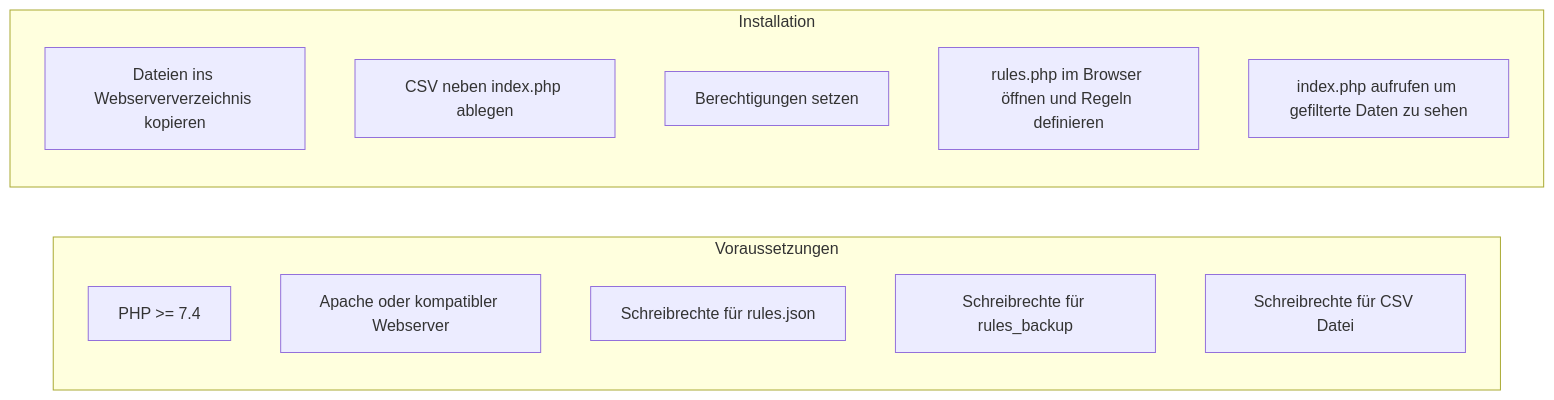
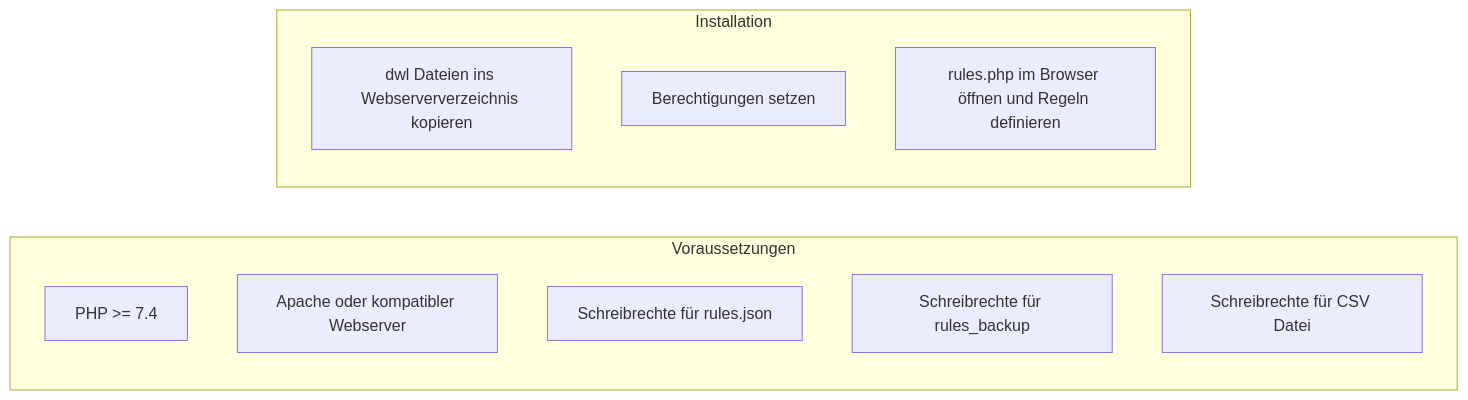
The diagram in sql-csv-reporting/inf/04.md (florianthepro/script), drawn with Mermaid before and after one commit.

````diff
--- a/sql-csv-reporting/inf/04.md
+++ b/sql-csv-reporting/inf/04.md
@@ -2,18 +2,16 @@
 ```mermaid
 graph LR
 subgraph Voraussetzungen
     V1[PHP >= 7.4]
     V2[Apache oder kompatibler Webserver]
     V3[Schreibrechte für rules.json]
     V4[Schreibrechte für rules_backup]
     V5[Schreibrechte für CSV Datei]
 end
 
 subgraph Installation
-    I1[Dateien ins Webserververzeichnis kopieren]
-    I2[CSV neben index.php ablegen]
-    I3[Berechtigungen setzen]
-    I4[rules.php im Browser öffnen und Regeln definieren]
-    I5[index.php aufrufen um gefilterte Daten zu sehen]
+    I1[dwl Dateien ins Webserververzeichnis kopieren]
+    I2[Berechtigungen setzen]
+    I3[rules.php im Browser öffnen und Regeln definieren]
 end
 ```
````
